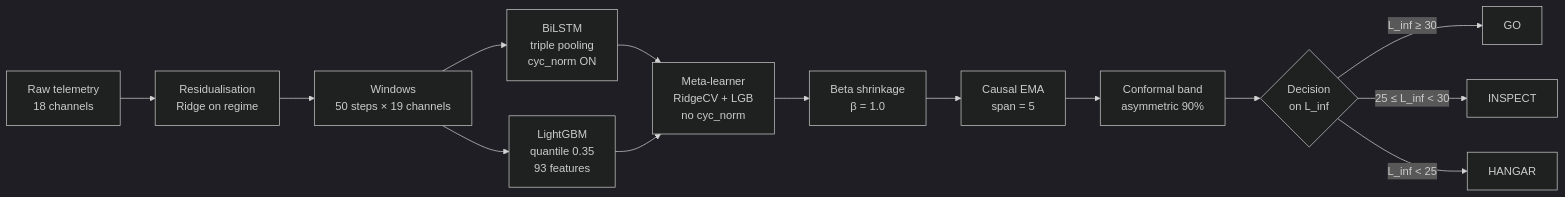
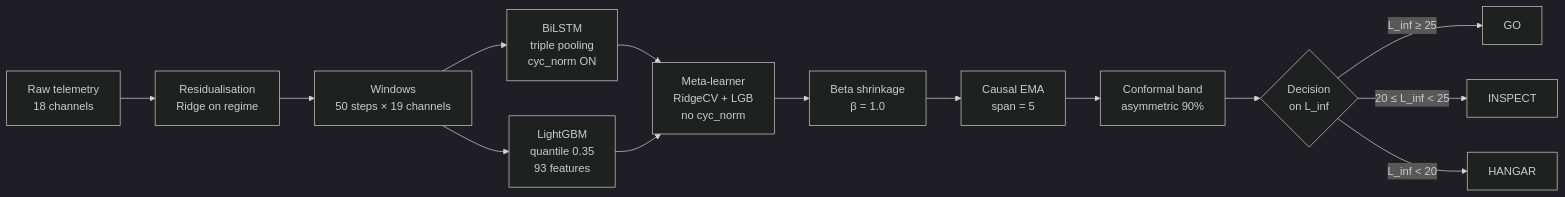
Before and after one commit to mikelrh-dev/nasa-rul-ds02: the diagram in README.en.md, drawn with Mermaid (dark theme). The commit also changed other lines of this file and 11 other files, not shown here.

````diff
--- a/README.en.md
+++ b/README.en.md
@@ -90,16 +90,16 @@
 ```mermaid
 flowchart LR
     A[Raw telemetry<br/>18 channels] --> B[Residualisation<br/>Ridge on regime]
     B --> C[Windows<br/>50 steps × 19 channels]
     C --> D[BiLSTM<br/>triple pooling<br/>cyc_norm ON]
     C --> E[LightGBM<br/>quantile 0.35<br/>93 features]
     D --> F[Meta-learner<br/>RidgeCV + LGB<br/>no cyc_norm]
     E --> F
     F --> G[Beta shrinkage<br/>β = 1.0]
     G --> H[Causal EMA<br/>span = 5]
     H --> I[Conformal band<br/>asymmetric 90%]
     I --> J{Decision<br/>on L_inf}
-    J -->|L_inf ≥ 30| K[GO]
-    J -->|25 ≤ L_inf < 30| L[INSPECT]
-    J -->|L_inf < 25| M[HANGAR]
+    J -->|L_inf ≥ 25| K[GO]
+    J -->|20 ≤ L_inf < 25| L[INSPECT]
+    J -->|L_inf < 20| M[HANGAR]
 ```
````
